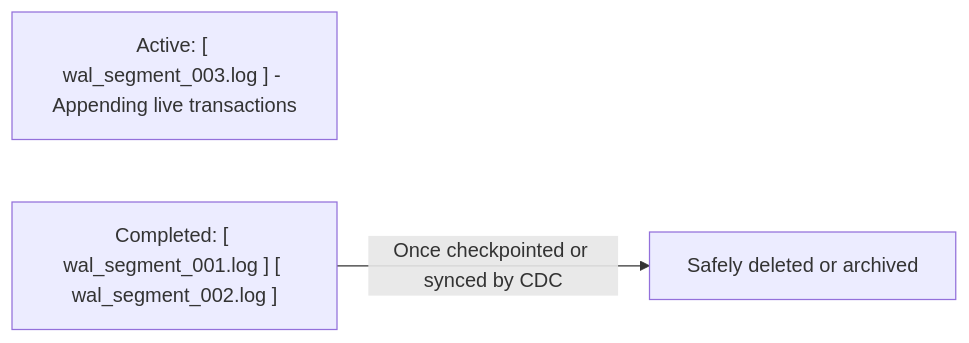
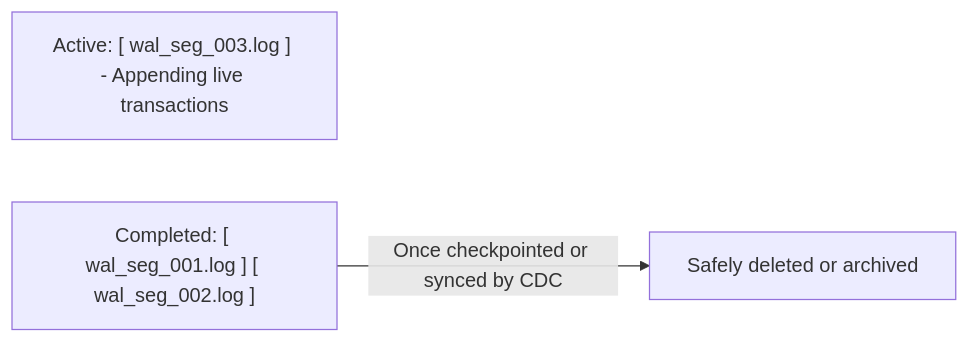
One commit to Chandra179/atlas changed the fourth of 8 diagrams in blog/astro/src/content/docs/change-data-capture.md. Above: the diagram before and after it, drawn with Mermaid. The commit also changed other lines of this file and 19 other files, not shown here.

````diff
--- a/blog/astro/src/content/docs/change-data-capture.md
+++ b/blog/astro/src/content/docs/change-data-capture.md
@@ -95,6 +95,6 @@
 ```mermaid
 flowchart LR
-  Active["Active: [ wal_segment_003.log ] - Appending live transactions"]
-  Completed["Completed: [ wal_segment_001.log ] [ wal_segment_002.log ]"]
+  Active["Active: [ wal_seg_003.log ] - Appending live transactions"]
+  Completed["Completed: [ wal_seg_001.log ] [ wal_seg_002.log ]"]
   Completed -->|"Once checkpointed or synced by CDC"| Purge["Safely deleted or archived"]
 ```
````
